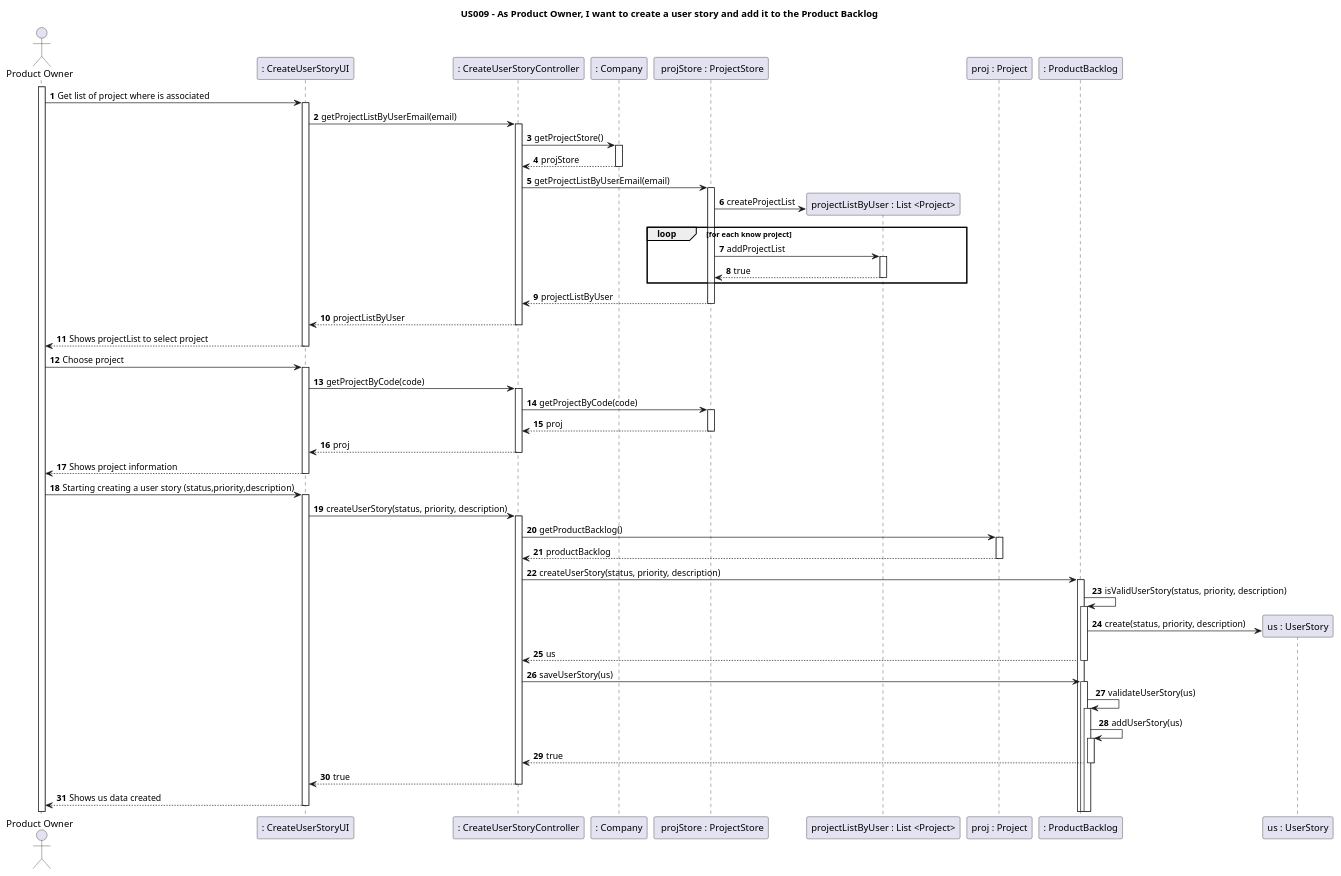
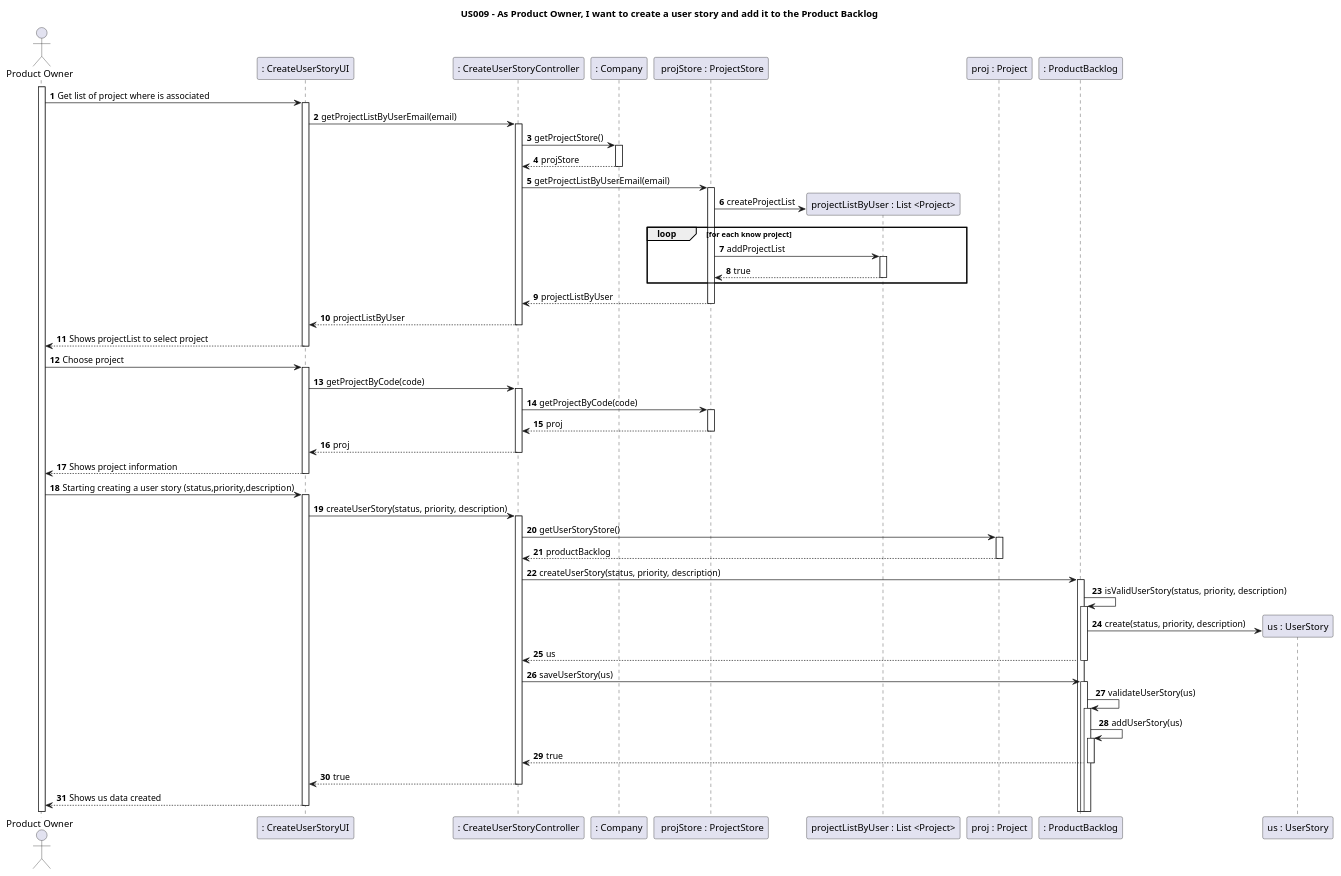
The diagram in docs/Sprint1/US009/US009-SD.puml (nunogon1211787/projectManagement), drawn with PlantUML before and after one commit. The commit also changed 34 other files, not shown here.

```diff
--- a/docs/Sprint1/US009/US009-SD.puml
+++ b/docs/Sprint1/US009/US009-SD.puml
@@ -1,60 +1,60 @@
 @startuml
 'https://plantuml.com/sequence-diagram
 
 title US009 - As Product Owner, I want to create a user story and add it to the Product Backlog
 
 autoactivate on
 autonumber
 
 actor "Product Owner" as User
 participant ": CreateUserStoryUI" as System
 participant ": CreateUserStoryController" as Ctrl
 participant ": Company" as C1
 participant " projStore : ProjectStore" as C2
 participant "projectListByUser : List <Project>" as C2.1
 participant "proj : Project" as C3
 participant ": ProductBacklog" as C4
 participant "us : UserStory" as C5
 
 activate User
 
 
 User -> System: Get list of project where is associated
 System -> Ctrl: getProjectListByUserEmail(email)
 Ctrl -> C1: getProjectStore()
 C1 --> Ctrl: projStore
 Ctrl -> C2: getProjectListByUserEmail(email)
 C2 -> C2.1 ** : createProjectList
 
  loop for each know project
 C2->C2.1 : addProjectList
 C2.1-->C2 : true
 end
 
 C2 --> Ctrl: projectListByUser
 Ctrl --> System: projectListByUser
 System --> User : Shows projectList to select project
 
 User -> System: Choose project
 System -> Ctrl: getProjectByCode(code)
 Ctrl -> C2 : getProjectByCode(code)
 C2 --> Ctrl : proj
 Ctrl --> System : proj
 System --> User :Shows project information
 
 User -> System: Starting creating a user story (status,priority,description)
 System -> Ctrl: createUserStory(status, priority, description)
-Ctrl-> C3 : getProductBacklog()
+Ctrl-> C3 : getUserStoryStore()
 C3 --> Ctrl : productBacklog
 Ctrl -> C4 : createUserStory(status, priority, description)
 C4->C4 : isValidUserStory(status, priority, description)
 C4 -> C5 ** : create(status, priority, description)
 C4-->Ctrl : us
 Ctrl->C4 : saveUserStory(us)
 C4->C4 : validateUserStory(us)
 C4->C4 : addUserStory(us)
 C4-->Ctrl : true
 Ctrl --> System : true
 System --> User : Shows us data created
 
 @enduml
```
